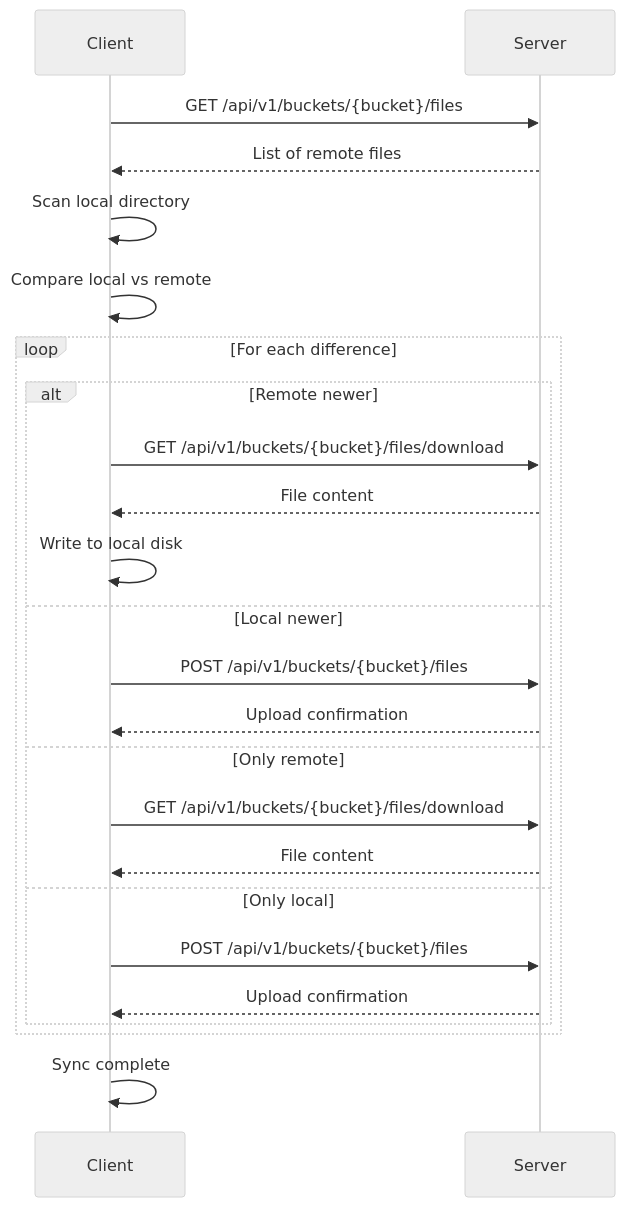
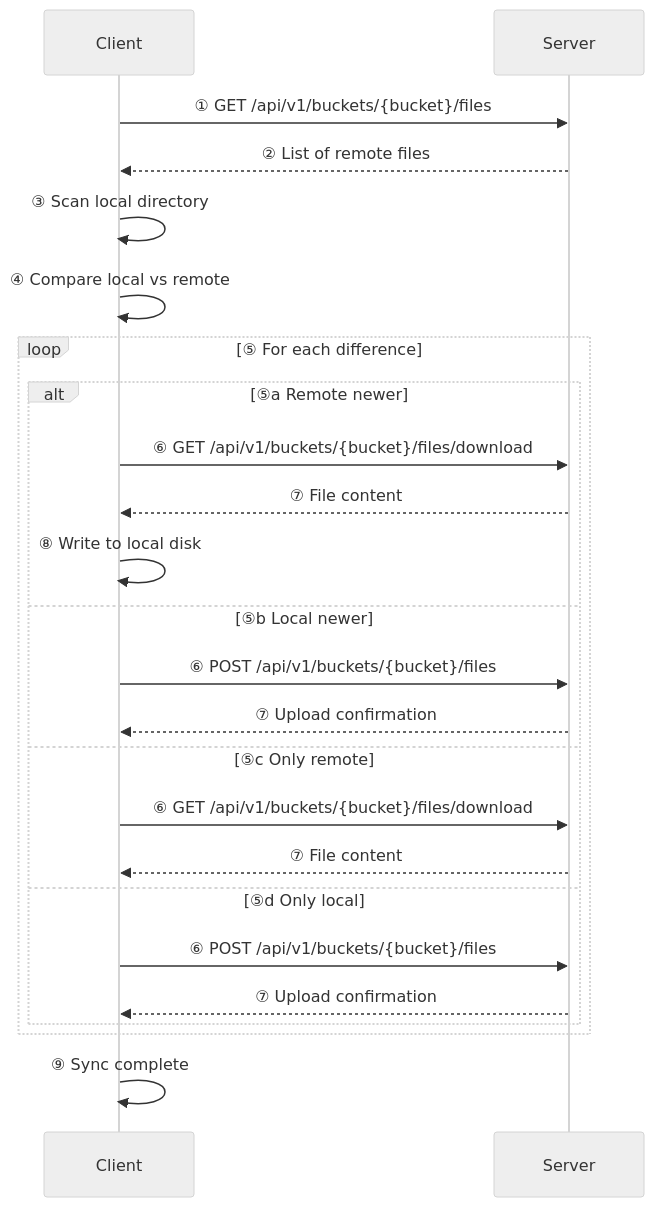
The second of 7 diagrams in docs/sync-flow.md (albertsdk/hsync-server), drawn with Mermaid (neutral theme) before and after one commit. The commit also changed other lines of this file and 17 other files, not shown here.

First line of the commit message:
Add numbered phases to documentation diagrams

````diff
--- a/docs/sync-flow.md
+++ b/docs/sync-flow.md
@@ -48,30 +48,30 @@
 ```mermaid
 sequenceDiagram
     participant C as Client
     participant S as Server
 
-    C->>S: GET /api/v1/buckets/{bucket}/files
-    S-->>C: List of remote files
-    
-    C->>C: Scan local directory
-    C->>C: Compare local vs remote
-    
-    loop For each difference
-        alt Remote newer
-            C->>S: GET /api/v1/buckets/{bucket}/files/download
-            S-->>C: File content
-            C->>C: Write to local disk
-        else Local newer
-            C->>S: POST /api/v1/buckets/{bucket}/files
-            S-->>C: Upload confirmation
-        else Only remote
-            C->>S: GET /api/v1/buckets/{bucket}/files/download
-            S-->>C: File content
-        else Only local
-            C->>S: POST /api/v1/buckets/{bucket}/files
-            S-->>C: Upload confirmation
+    C->>S: ① GET /api/v1/buckets/{bucket}/files
+    S-->>C: ② List of remote files
+
+    C->>C: ③ Scan local directory
+    C->>C: ④ Compare local vs remote
+
+    loop ⑤ For each difference
+        alt ⑤a Remote newer
+            C->>S: ⑥ GET /api/v1/buckets/{bucket}/files/download
+            S-->>C: ⑦ File content
+            C->>C: ⑧ Write to local disk
+        else ⑤b Local newer
+            C->>S: ⑥ POST /api/v1/buckets/{bucket}/files
+            S-->>C: ⑦ Upload confirmation
+        else ⑤c Only remote
+            C->>S: ⑥ GET /api/v1/buckets/{bucket}/files/download
+            S-->>C: ⑦ File content
+        else ⑤d Only local
+            C->>S: ⑥ POST /api/v1/buckets/{bucket}/files
+            S-->>C: ⑦ Upload confirmation
         end
     end
-    
-    C->>C: Sync complete
+
+    C->>C: ⑨ Sync complete
 ```
````
